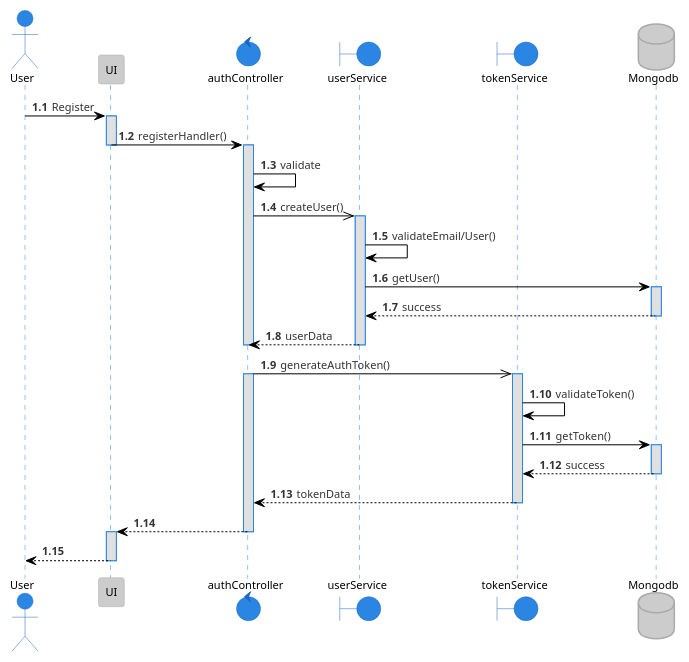
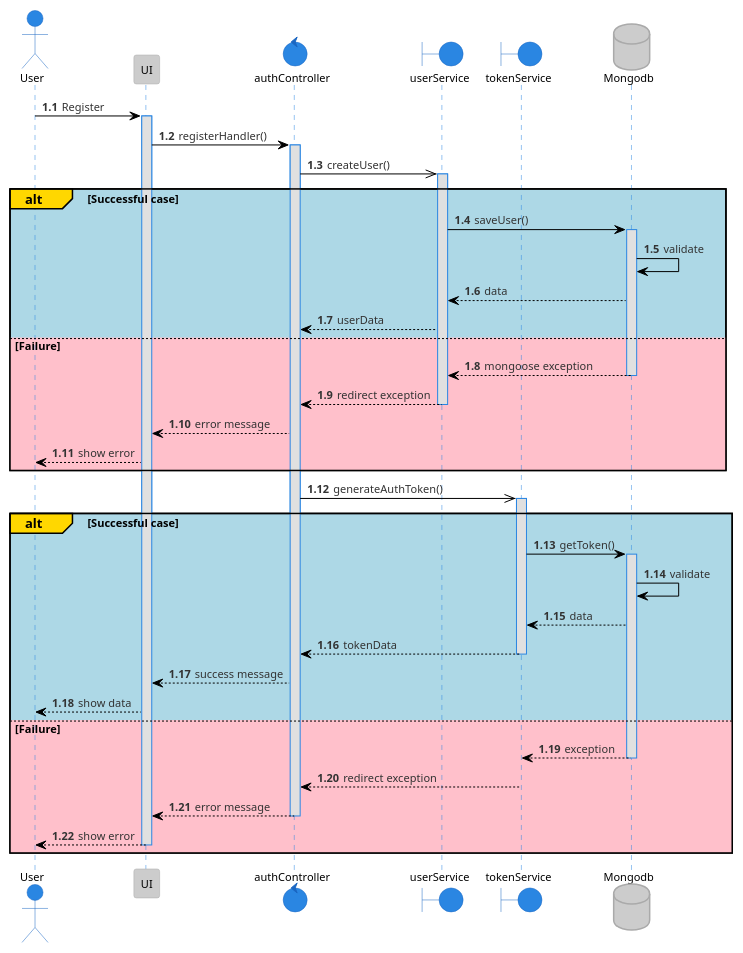
One commit to tuannm99/RMS changed the diagram in plantuml/sequence/auth/register.puml. Above: the diagram before and after it, drawn with PlantUML. The commit also changed 1 other file, not shown here.

Commit message:
update - sequence

```diff
--- a/plantuml/sequence/auth/register.puml
+++ b/plantuml/sequence/auth/register.puml
@@ -1,44 +1,57 @@
 @startuml regsiterSequence
 !theme reddress-lightblue
 
 autonumber 1.1
 actor User
 participant UI
 control  authController
 boundary userService
 boundary tokenService
 database Mongodb
 
 User -> UI: Register
 activate UI
 UI -> authController: registerHandler()
-deactivate UI
 activate authController
-authController -> authController: validate
 authController ->> userService: createUser()
 activate userService
-userService -> userService: validateEmail/User()
-userService -> Mongodb: getUser()
-activate Mongodb
-Mongodb --> userService: success
-deactivate Mongodb
-userService --> authController: userData
-deactivate userService
-deactivate authController
+
+alt#Gold #LightBlue Successful case
+    userService -> Mongodb: saveUser()
+    activate Mongodb
+    Mongodb -> Mongodb: validate
+    Mongodb --> userService: data
+    userService --> authController: userData
+else #Pink Failure
+    Mongodb --> userService: mongoose exception
+    deactivate Mongodb
+    userService --> authController: redirect exception
+    deactivate userService
+    authController --> UI: error message
+    UI --> User: show error
+end
 
 authController ->> tokenService: generateAuthToken()
-activate authController
 activate tokenService
-tokenService -> tokenService: validateToken()
-tokenService -> Mongodb: getToken()
-activate Mongodb
-Mongodb --> tokenService: success
-deactivate Mongodb
-tokenService --> authController: tokenData
-deactivate tokenService
-authController --> UI
-deactivate authController
-activate UI
-UI --> User
+alt#Gold #LightBlue Successful case
+    tokenService -> Mongodb: getToken()
+    activate Mongodb
+    Mongodb -> Mongodb: validate
+    Mongodb --> tokenService: data
+    tokenService --> authController: tokenData
+    deactivate tokenService
+    authController --> UI: success message
+    UI --> User: show data
+else #Pink Failure
+    Mongodb --> tokenService: exception
+    deactivate Mongodb
+    tokenService --> authController: redirect exception
+    deactivate userService
+    authController --> UI: error message
+    deactivate authController
+    UI --> User: show error
+    deactivate UI
 deactivate UI
+end
+
 @enduml
```
